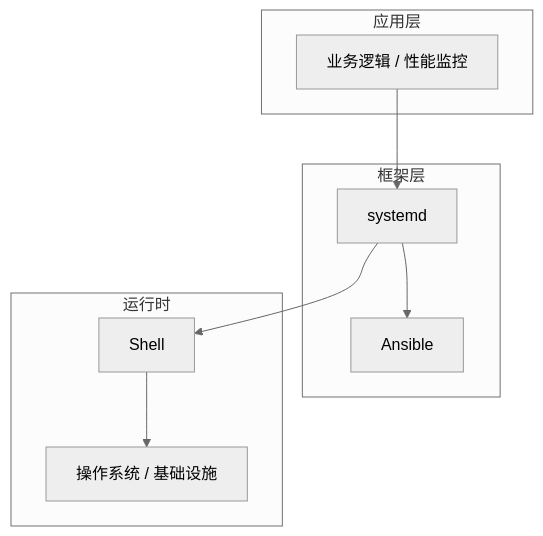
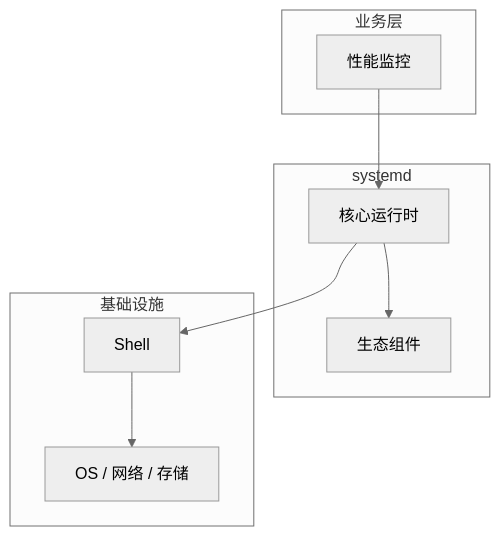
The diagram in articles/Linux运维/chapters/079-性能监控核心概念与原理.md (yanggan2015/knowledge-json-v2), drawn with Mermaid (neutral theme) before and after one commit. The commit also changed other lines of this file and 10127 other files, not shown here.

````diff
--- a/articles/Linux运维/chapters/079-性能监控核心概念与原理.md
+++ b/articles/Linux运维/chapters/079-性能监控核心概念与原理.md
@@ -45,18 +34,18 @@
 ```mermaid
 graph TB
-    subgraph 应用层
-        A[业务逻辑 / 性能监控]
+    subgraph 业务层
+        A[性能监控]
     end
-    subgraph 框架层
-        B[systemd]
-        C[Ansible]
+    subgraph systemd
+        B[核心运行时]
+        C[生态组件]
     end
-    subgraph 运行时
+    subgraph 基础设施
         D[Shell]
-        E[操作系统 / 基础设施]
+        E[OS / 网络 / 存储]
     end
     A --> B
     B --> C
     B --> D
     D --> E
 ```
````
